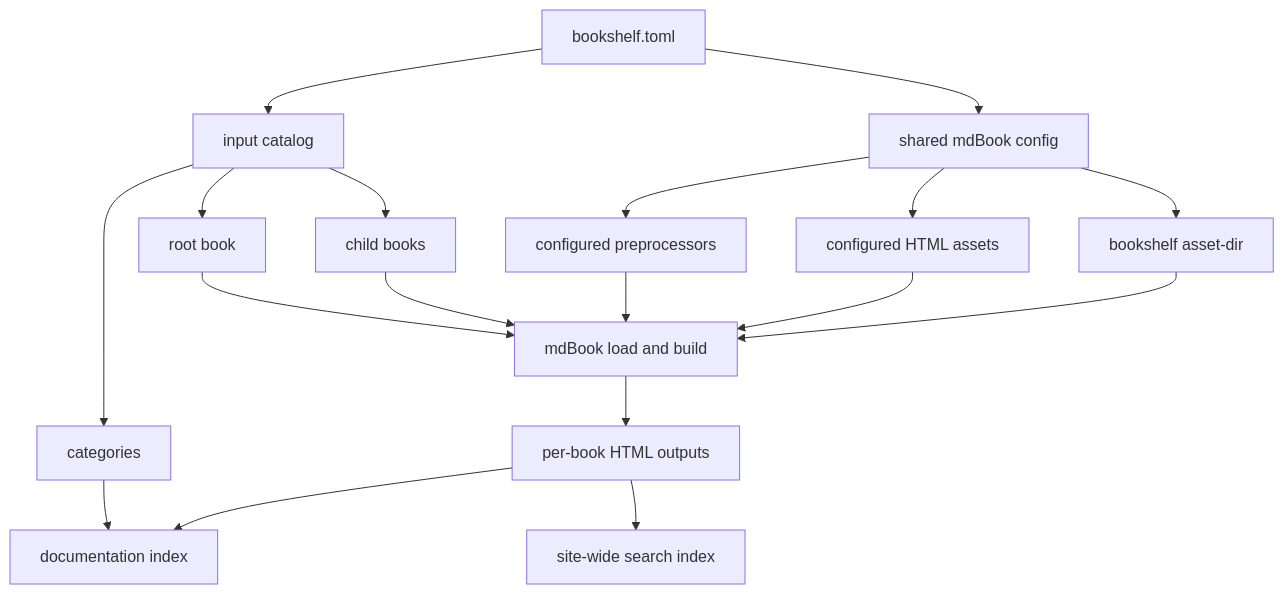
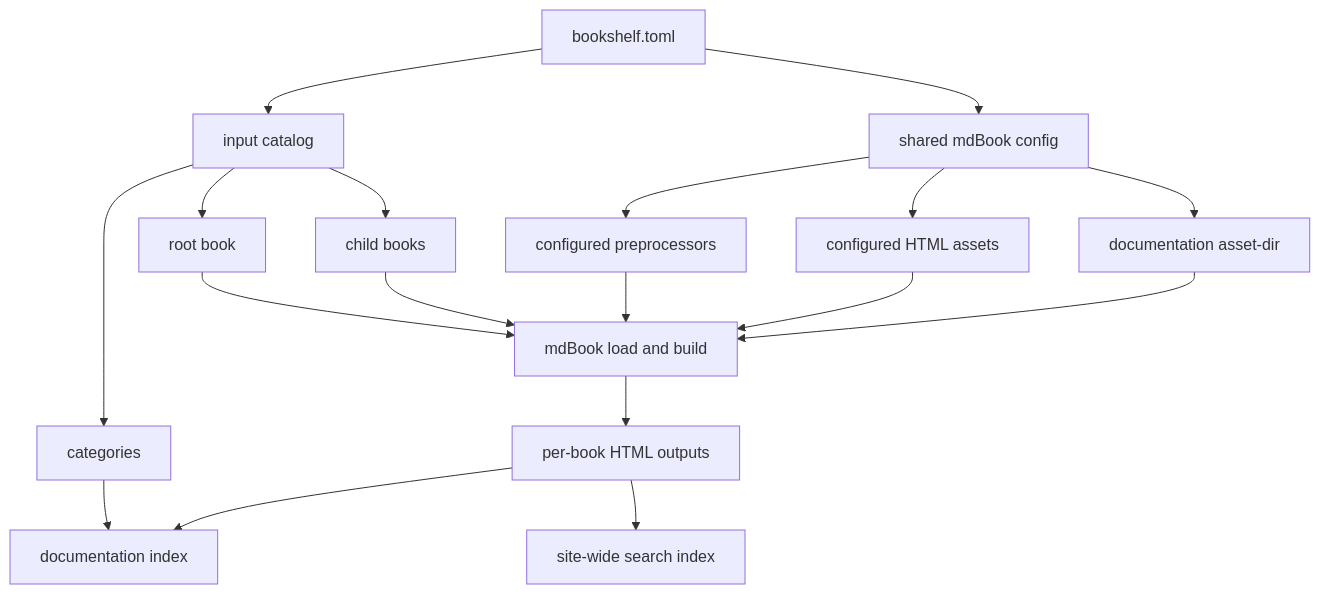
Before and after one commit to OptimalCNC/mdBook-bookshelf: the diagram in docs/contributing.md, drawn with Mermaid. The commit also changed 3 other files, not shown here.

````diff
--- a/docs/contributing.md
+++ b/docs/contributing.md
@@ -32,20 +32,20 @@
 ```mermaid
 flowchart TD
     Config["bookshelf.toml"] --> Catalog["input catalog"]
     Config --> SharedConfig["shared mdBook config"]
     SharedConfig --> Plugins["configured preprocessors"]
     SharedConfig --> Assets["configured HTML assets"]
-    SharedConfig --> RuntimeAssets["bookshelf asset-dir"]
+    SharedConfig --> RuntimeAssets["documentation asset-dir"]
     Catalog --> RootBook["root book"]
     Catalog --> ChildBooks["child books"]
     Catalog --> Categories["categories"]
     RootBook --> MdBook["mdBook load and build"]
     ChildBooks --> MdBook
     Plugins --> MdBook
     Assets --> MdBook
     RuntimeAssets --> MdBook
     MdBook --> BookOutputs["per-book HTML outputs"]
     Categories --> DocIndex["documentation index"]
     BookOutputs --> DocIndex
     BookOutputs --> Search["site-wide search index"]
 ```
````
